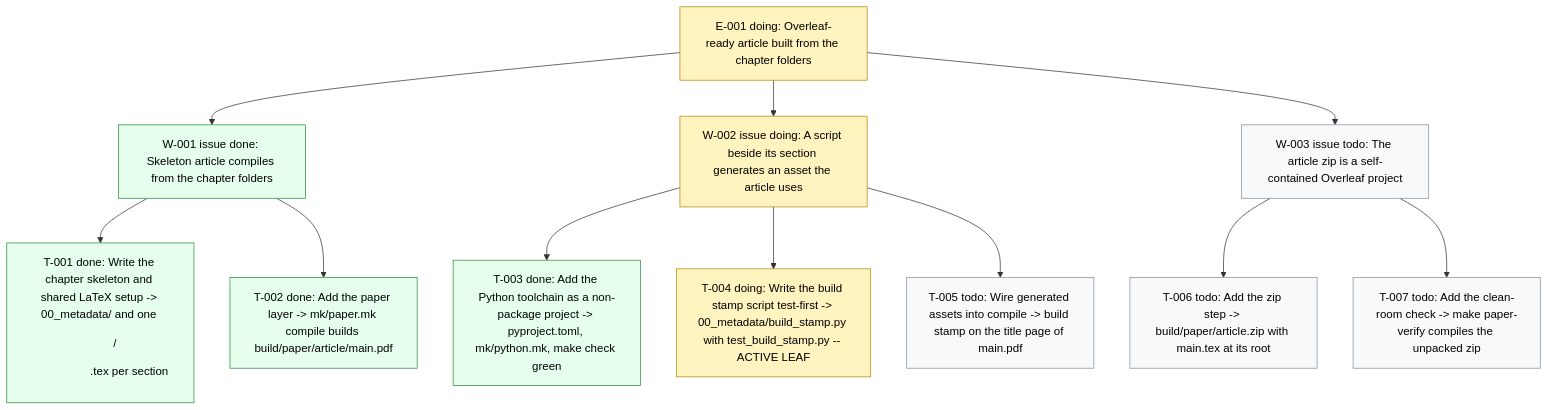
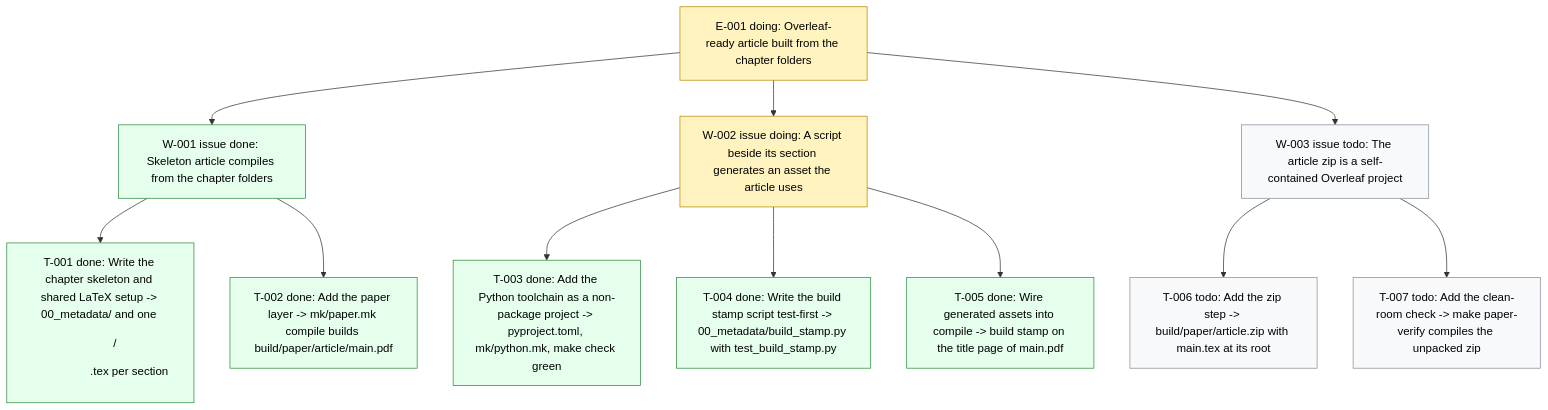
The diagram in .board/BOARD.md (dpopchev/surrogate-models), drawn with Mermaid before and after one commit. The commit also changed other lines of this file and 2 other files, not shown here.

Commit message:
chore: close T-005 on the board
Refs: W-002 T-005

````diff
--- a/.board/BOARD.md
+++ b/.board/BOARD.md
@@ -26,22 +26,22 @@
 ```mermaid
 flowchart TD
   E001["E-001 doing: Overleaf-ready article built from the chapter folders"]
   E001 --> W001["W-001 issue done: Skeleton article compiles from the chapter folders"]
   W001 --> T001["T-001 done: Write the chapter skeleton and shared LaTeX setup -> 00_metadata/ and one <dir>/<dir>.tex per section"]
   W001 --> T002["T-002 done: Add the paper layer -> mk/paper.mk compile builds build/paper/article/main.pdf"]
   E001 --> W002["W-002 issue doing: A script beside its section generates an asset the article uses"]
   W002 --> T003["T-003 done: Add the Python toolchain as a non-package project -> pyproject.toml, mk/python.mk, make check green"]
-  W002 --> T004["T-004 doing: Write the build stamp script test-first -> 00_metadata/build_stamp.py with test_build_stamp.py -- ACTIVE LEAF"]
-  W002 --> T005["T-005 todo: Wire generated assets into compile -> build stamp on the title page of main.pdf"]
+  W002 --> T004["T-004 done: Write the build stamp script test-first -> 00_metadata/build_stamp.py with test_build_stamp.py"]
+  W002 --> T005["T-005 done: Wire generated assets into compile -> build stamp on the title page of main.pdf"]
   E001 --> W003["W-003 issue todo: The article zip is a self-contained Overleaf project"]
   W003 --> T006["T-006 todo: Add the zip step -> build/paper/article.zip with main.tex at its root"]
   W003 --> T007["T-007 todo: Add the clean-room check -> make paper-verify compiles the unpacked zip"]
   classDef doing fill:#fff3bf,stroke:#b58900,color:#000;
   classDef blocked fill:#ffe3e3,stroke:#c92a2a,color:#000;
   classDef done fill:#e6ffed,stroke:#2b8a3e,color:#000;
   classDef todo fill:#f8f9fa,stroke:#868e96,color:#000;
   classDef pruned fill:#f1f3f5,stroke:#adb5bd,color:#000;
-  class E001,W002,T004 doing
-  class W001,T001,T002,T003 done
-  class T005,W003,T006,T007 todo
+  class E001,W002 doing
+  class W001,T001,T002,T003,T004,T005 done
+  class W003,T006,T007 todo
 ```
````
